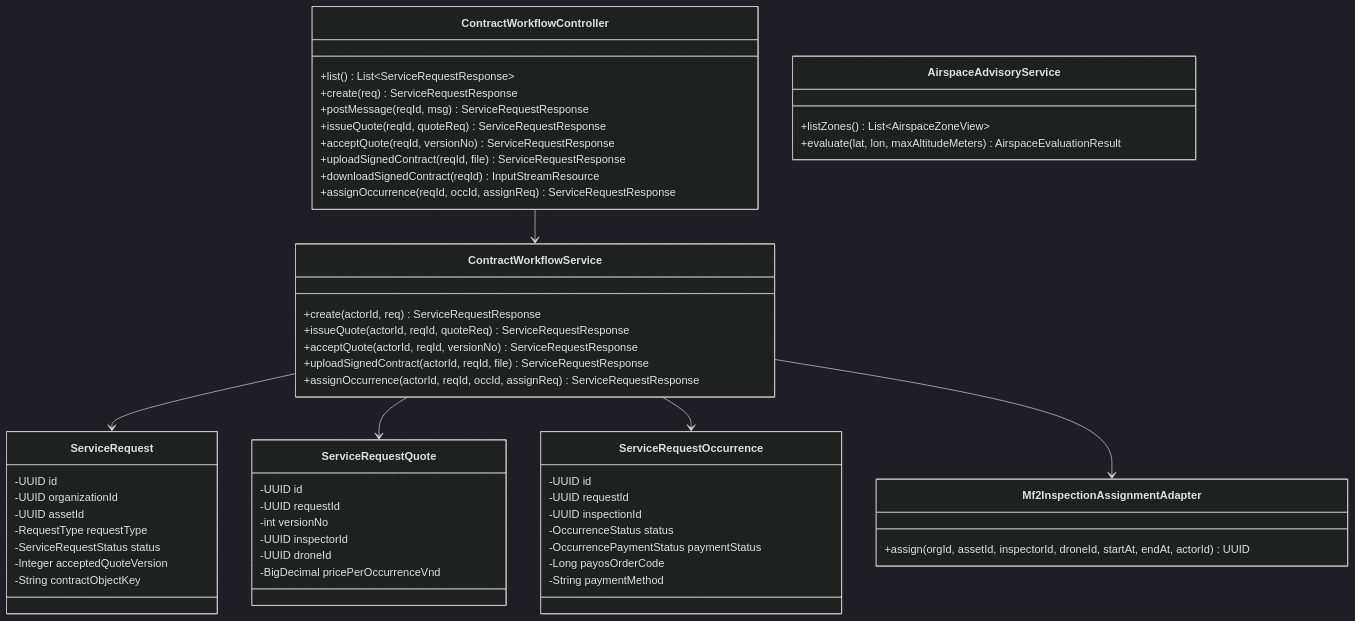
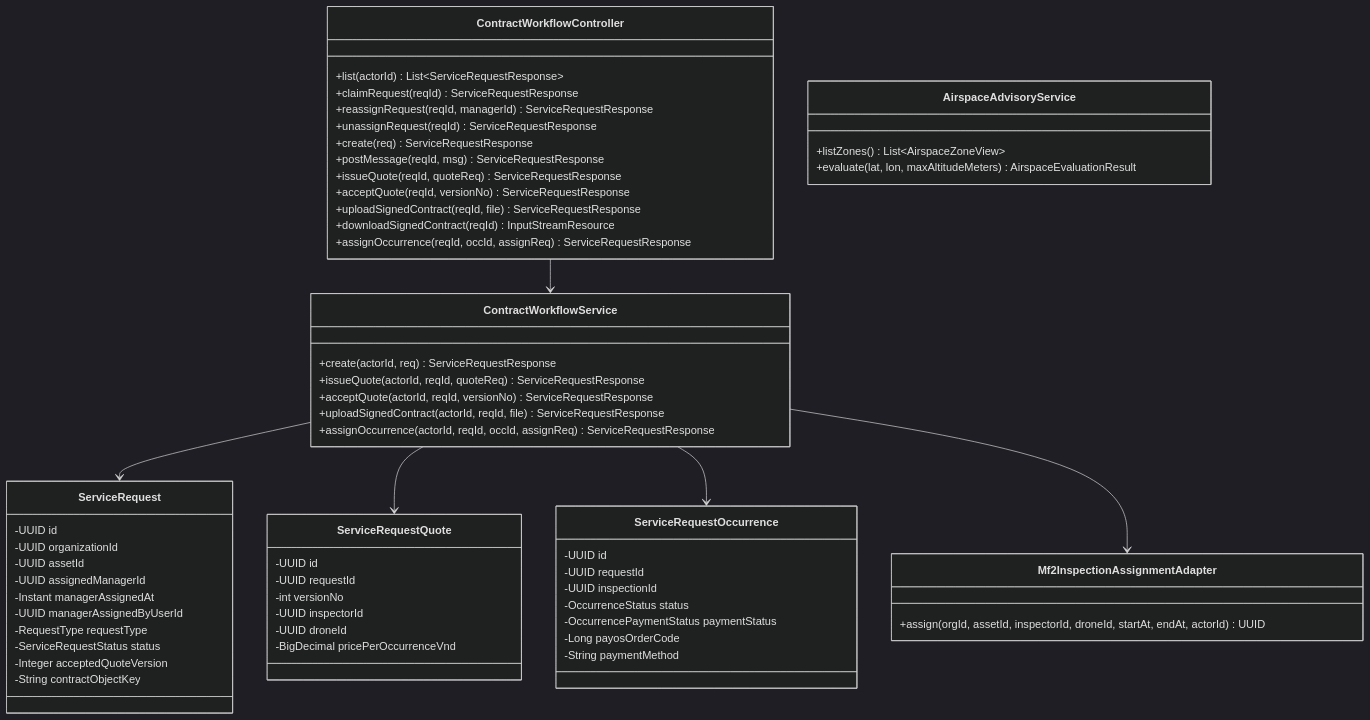
One commit to tungbach12/SmartDroneInspection-Docs changed diagram 11 of 20 in reports/report-4-software-design-document/03-detailed-design.md. Above: the diagram before and after it, drawn with Mermaid (dark theme). The commit also changed other lines of this file and 5 other files, not shown here.

````diff
--- a/reports/report-4-software-design-document/03-detailed-design.md
+++ b/reports/report-4-software-design-document/03-detailed-design.md
@@ -508,59 +508,65 @@
 ```mermaid
 %% title: FE-04 Service Request, Quotation, Signed Contract and Dispatch Class Diagram
 classDiagram
   class ContractWorkflowController {
-    +list() List~ServiceRequestResponse~
+    +list(actorId) List~ServiceRequestResponse~
+    +claimRequest(reqId) ServiceRequestResponse
+    +reassignRequest(reqId, managerId) ServiceRequestResponse
+    +unassignRequest(reqId) ServiceRequestResponse
     +create(req) ServiceRequestResponse
     +postMessage(reqId, msg) ServiceRequestResponse
     +issueQuote(reqId, quoteReq) ServiceRequestResponse
     +acceptQuote(reqId, versionNo) ServiceRequestResponse
     +uploadSignedContract(reqId, file) ServiceRequestResponse
     +downloadSignedContract(reqId) InputStreamResource
     +assignOccurrence(reqId, occId, assignReq) ServiceRequestResponse
   }
   class ContractWorkflowService {
     +create(actorId, req) ServiceRequestResponse
     +issueQuote(actorId, reqId, quoteReq) ServiceRequestResponse
     +acceptQuote(actorId, reqId, versionNo) ServiceRequestResponse
     +uploadSignedContract(actorId, reqId, file) ServiceRequestResponse
     +assignOccurrence(actorId, reqId, occId, assignReq) ServiceRequestResponse
   }
   class Mf2InspectionAssignmentAdapter {
     +assign(orgId, assetId, inspectorId, droneId, startAt, endAt, actorId) UUID
   }
   class AirspaceAdvisoryService {
     +listZones() List~AirspaceZoneView~
     +evaluate(lat, lon, maxAltitudeMeters) AirspaceEvaluationResult
   }
   class ServiceRequest {
     -UUID id
     -UUID organizationId
     -UUID assetId
+    -UUID assignedManagerId
+    -Instant managerAssignedAt
+    -UUID managerAssignedByUserId
     -RequestType requestType
     -ServiceRequestStatus status
     -Integer acceptedQuoteVersion
     -String contractObjectKey
   }
   class ServiceRequestQuote {
     -UUID id
     -UUID requestId
     -int versionNo
     -UUID inspectorId
     -UUID droneId
     -BigDecimal pricePerOccurrenceVnd
   }
   class ServiceRequestOccurrence {
     -UUID id
     -UUID requestId
     -UUID inspectionId
     -OccurrenceStatus status
     -OccurrencePaymentStatus paymentStatus
     -Long payosOrderCode
     -String paymentMethod
   }
   ContractWorkflowController --> ContractWorkflowService
   ContractWorkflowService --> ServiceRequest
   ContractWorkflowService --> ServiceRequestQuote
   ContractWorkflowService --> ServiceRequestOccurrence
   ContractWorkflowService --> Mf2InspectionAssignmentAdapter
 ```
````
